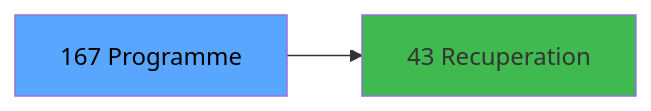
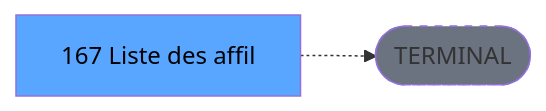
Before and after one commit to thonyAGP/lecteur-magic: the third of 3 diagrams in .openspec/renders/ADH-IDE-167.md, drawn with Mermaid. The commit also changed other lines of this file and 701 other files, not shown here.

````diff
--- a/.openspec/renders/ADH-IDE-167.md
+++ b/.openspec/renders/ADH-IDE-167.md
@@ -155,8 +135,8 @@
 ```mermaid
 graph LR
-    T[167 Programme]
-    C43[43 Recuperation]
-    T --> C43
+    T[167 Liste des affil]
+    TERM([TERMINAL])
+    T -.-> TERM
+    style TERM fill:#6b7280,stroke-dasharray: 5 5
     style T fill:#58a6ff,color:#000
-    style C43 fill:#3fb950
 ```
````
